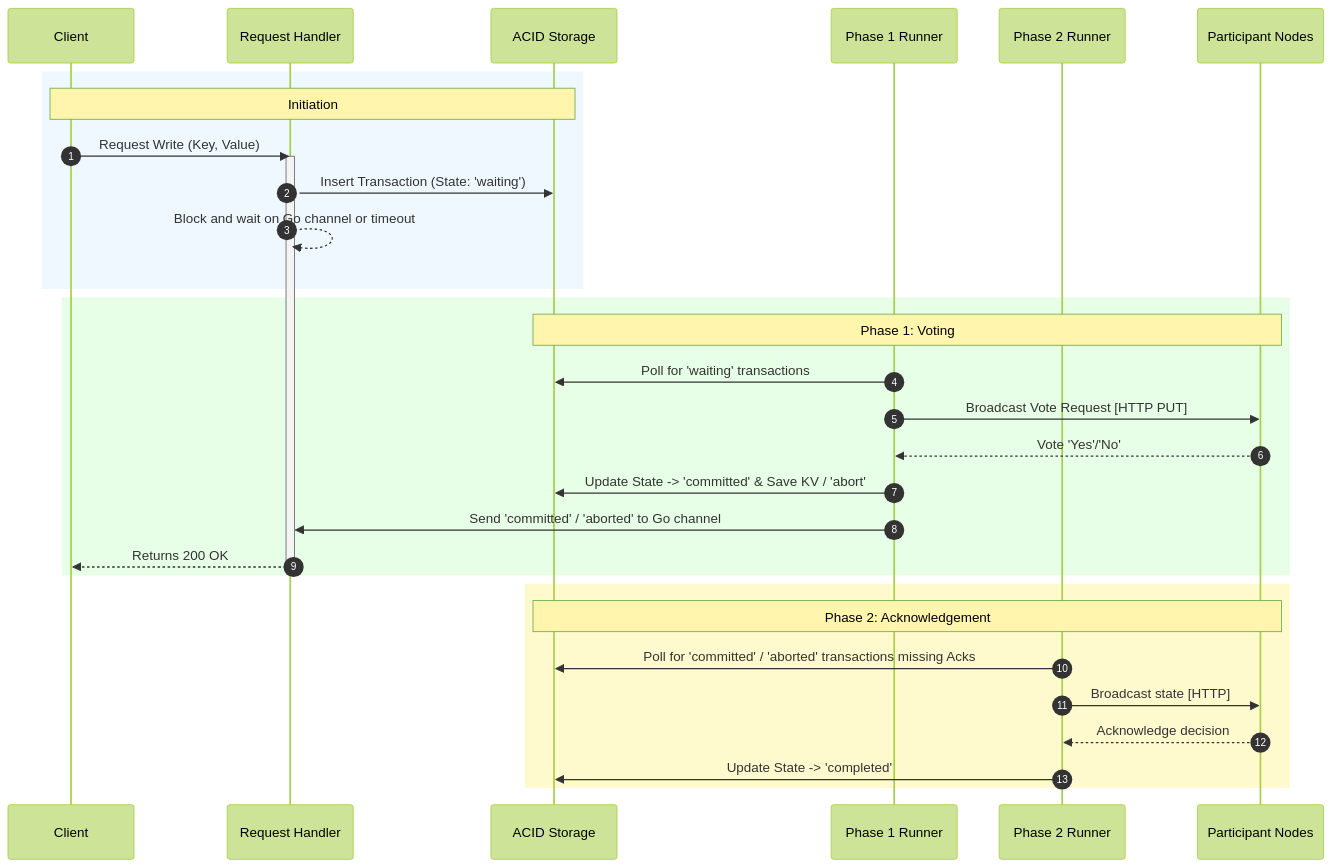
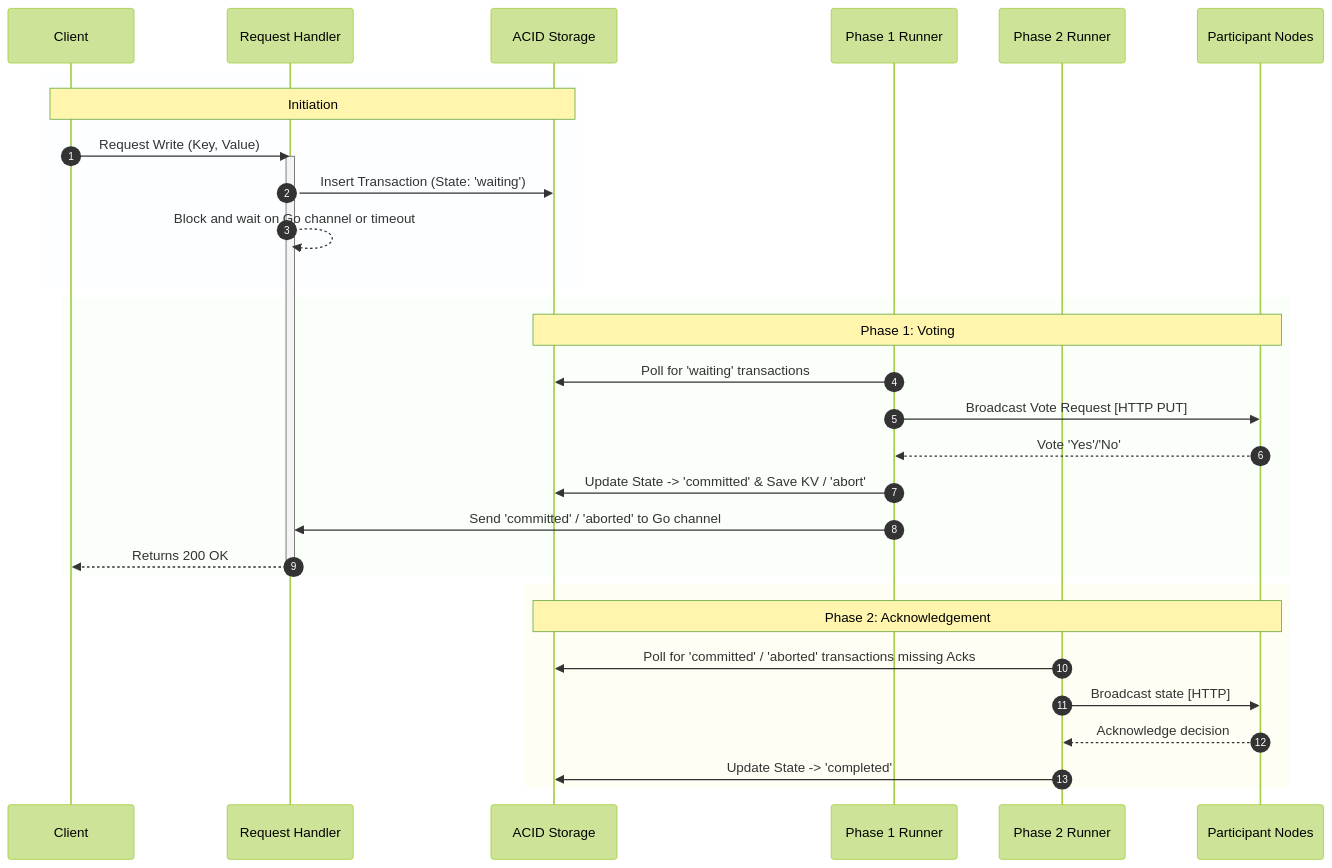
One commit to GilbertBckr/DistributedKeyValueStore changed the first of 2 diagrams in readme.md. Above: the diagram before and after it, drawn with Mermaid (forest theme). The commit also changed other lines of this file, not shown here.

Commit message:
updated mermaidjs colors

````diff
--- a/readme.md
+++ b/readme.md
@@ -29,38 +29,38 @@
 ```mermaid
 sequenceDiagram
     autonumber
     
     participant C as Client
     participant H as Request Handler
     participant DB as ACID Storage
     participant P1 as Phase 1 Runner
     participant P2 as Phase 2 Runner
     participant PN as Participant Nodes
 
-    rect rgb(240, 248, 255)
+    rect rgba(240, 248, 255, 0.2)
         Note over C, DB: Initiation
         C->>H: Request Write (Key, Value)
         activate H
         H->>DB: Insert Transaction (State: 'waiting')
         H-->>H: Block and wait on Go channel or timeout
     end
 
-    rect rgb(230, 255, 230)
+    rect rgb(230, 255, 230, 0.2)
         Note over DB, PN: Phase 1: Voting
         P1->>DB: Poll for 'waiting' transactions
         P1->>PN: Broadcast Vote Request [HTTP PUT]
         PN-->>P1: Vote 'Yes'/'No'
         P1->>DB: Update State -> 'committed' & Save KV / 'abort'
         P1->>H: Send 'committed' / 'aborted' to Go channel
         H-->>C: Returns 200 OK
         deactivate H
     end
 
-    rect rgb(255, 250, 205)
+    rect rgb(255, 250, 205, 0.2)
         Note over DB, PN: Phase 2: Acknowledgement
         P2->>DB: Poll for 'committed' / 'aborted' transactions missing Acks
         P2->>PN: Broadcast  state [HTTP]
         PN-->>P2: Acknowledge decision
         P2->>DB: Update State -> 'completed'
     end
 ```
````
